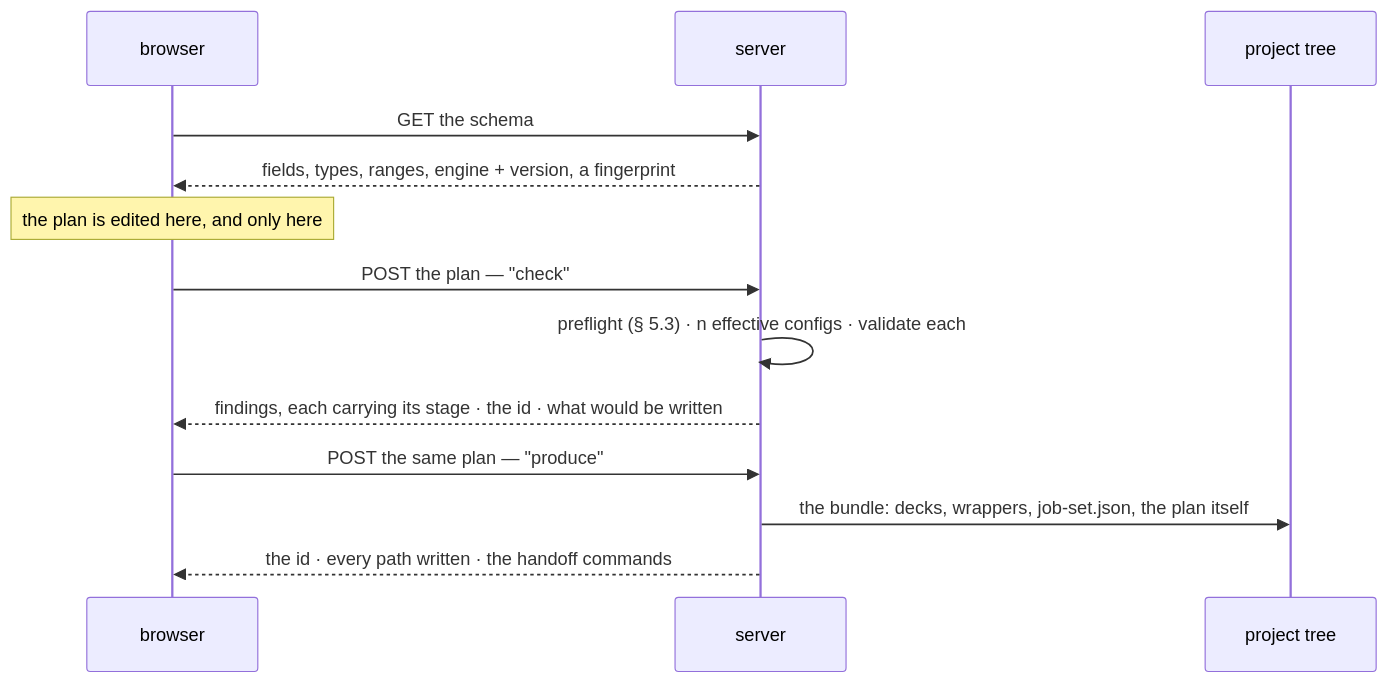
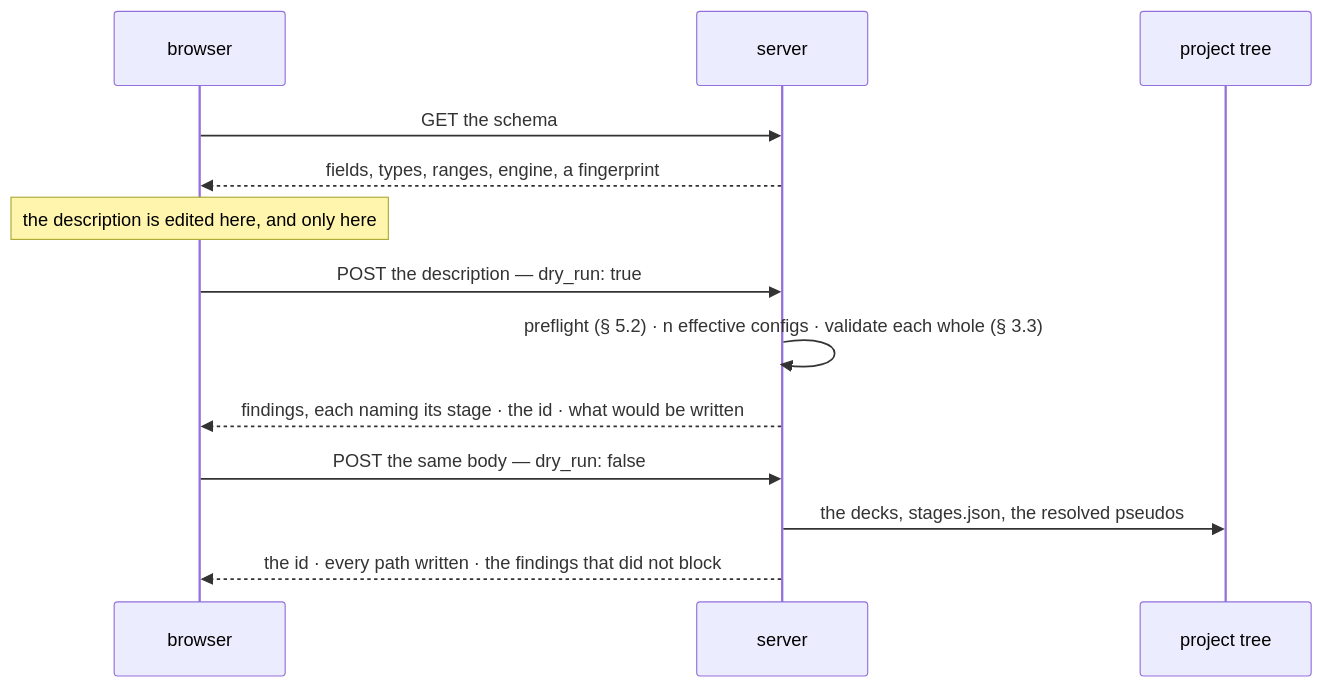
One commit to Qing-LAB/molbuilder changed the fifth of 5 diagrams in docs/web/staged-runs-architecture.md. Above: the diagram before and after it, drawn with Mermaid. The commit also changed other lines of this file and 2 other files, not shown here.

````diff
--- a/docs/web/staged-runs-architecture.md
+++ b/docs/web/staged-runs-architecture.md
@@ -700,18 +722,18 @@
 ```mermaid
 sequenceDiagram
     participant B as browser
     participant S as server
     participant T as project tree
 
     B->>S: GET the schema
-    S-->>B: fields, types, ranges, engine + version, a fingerprint
-    Note over B: the plan is edited here, and only here
+    S-->>B: fields, types, ranges, engine, a fingerprint
+    Note over B: the description is edited here, and only here
 
-    B->>S: POST the plan — "check"
-    S->>S: preflight (§ 5.3) · n effective configs · validate each
-    S-->>B: findings, each carrying its stage · the id · what would be written
+    B->>S: POST the description — dry_run: true
+    S->>S: preflight (§ 5.2) · n effective configs · validate each whole (§ 3.3)
+    S-->>B: findings, each naming its stage · the id · what would be written
 
-    B->>S: POST the same plan — "produce"
-    S->>T: the bundle: decks, wrappers, job-set.json, the plan itself
-    S-->>B: the id · every path written · the handoff commands
+    B->>S: POST the same body — dry_run: false
+    S->>T: the decks, stages.json, the resolved pseudos
+    S-->>B: the id · every path written · the findings that did not block
 ```
````
